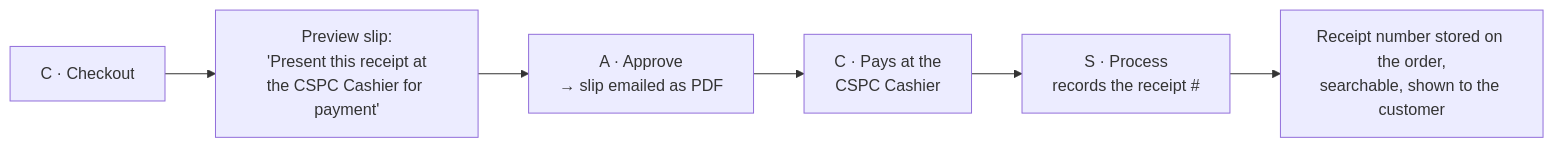
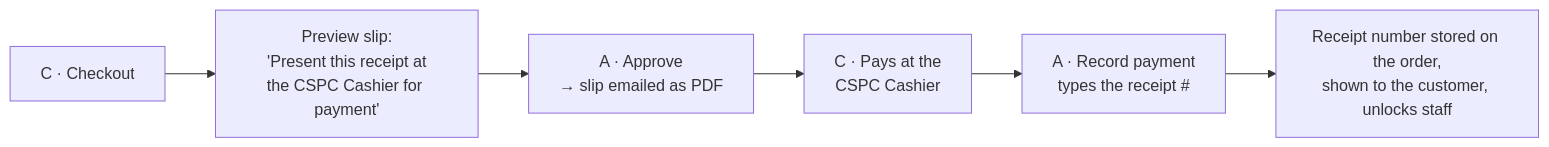
The fifth of 6 diagrams in backend/docs/UserGuide/SystemProcess.md (genuwin14/FabLab), drawn with Mermaid before and after one commit. The commit also changed other lines of this file and 21 other files, not shown here.

First line of the commit message:
feat(orders): the admin records the payment; staff produce only once it is paid

````diff
--- a/backend/docs/UserGuide/SystemProcess.md
+++ b/backend/docs/UserGuide/SystemProcess.md
@@ -479,8 +480,8 @@
 ```mermaid
 flowchart LR
     A["C · Checkout"] --> B["Preview slip:<br/>'Present this receipt at<br/>the CSPC Cashier for payment'"]
     B --> C["A · Approve<br/>→ slip emailed as PDF"]
     C --> D["C · Pays at the<br/>CSPC Cashier"]
-    D --> E["S · Process<br/>records the receipt #"]
-    E --> F["Receipt number stored on the order,<br/>searchable, shown to the customer"]
+    D --> E["A · Record payment<br/>types the receipt #"]
+    E --> F["Receipt number stored on the order,<br/>shown to the customer, unlocks staff"]
 ```
````
